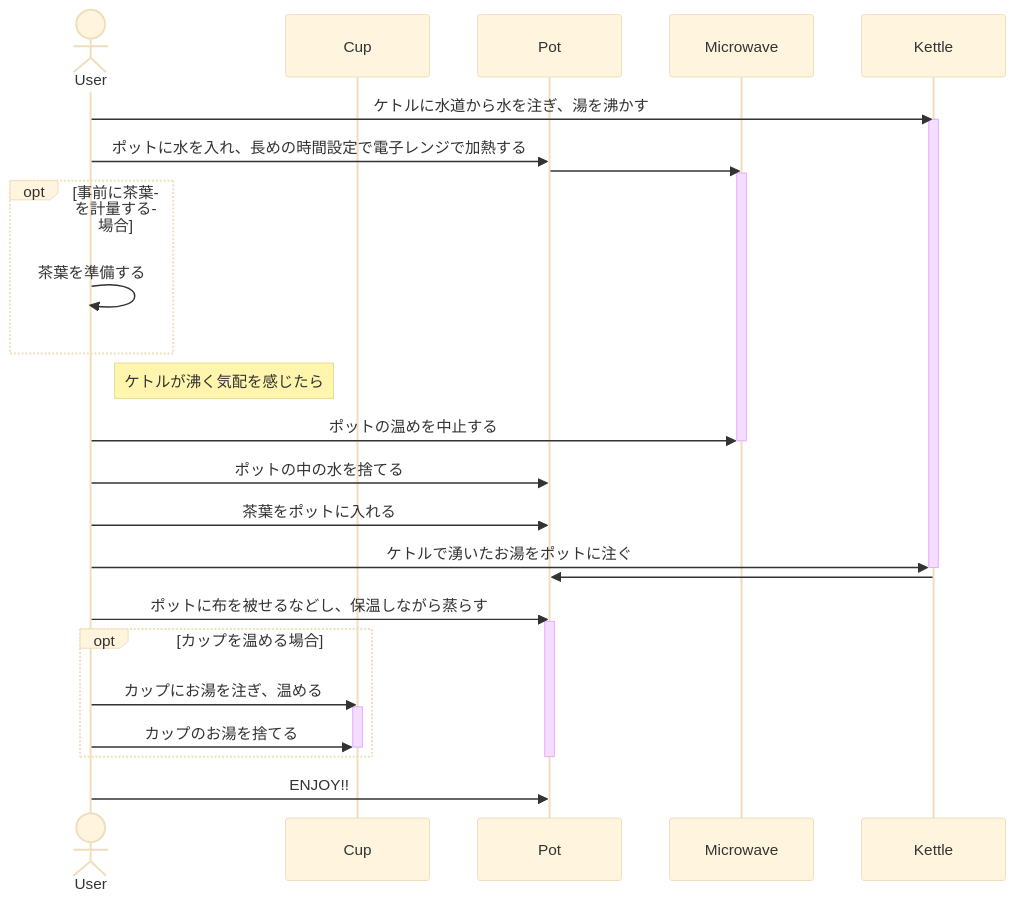
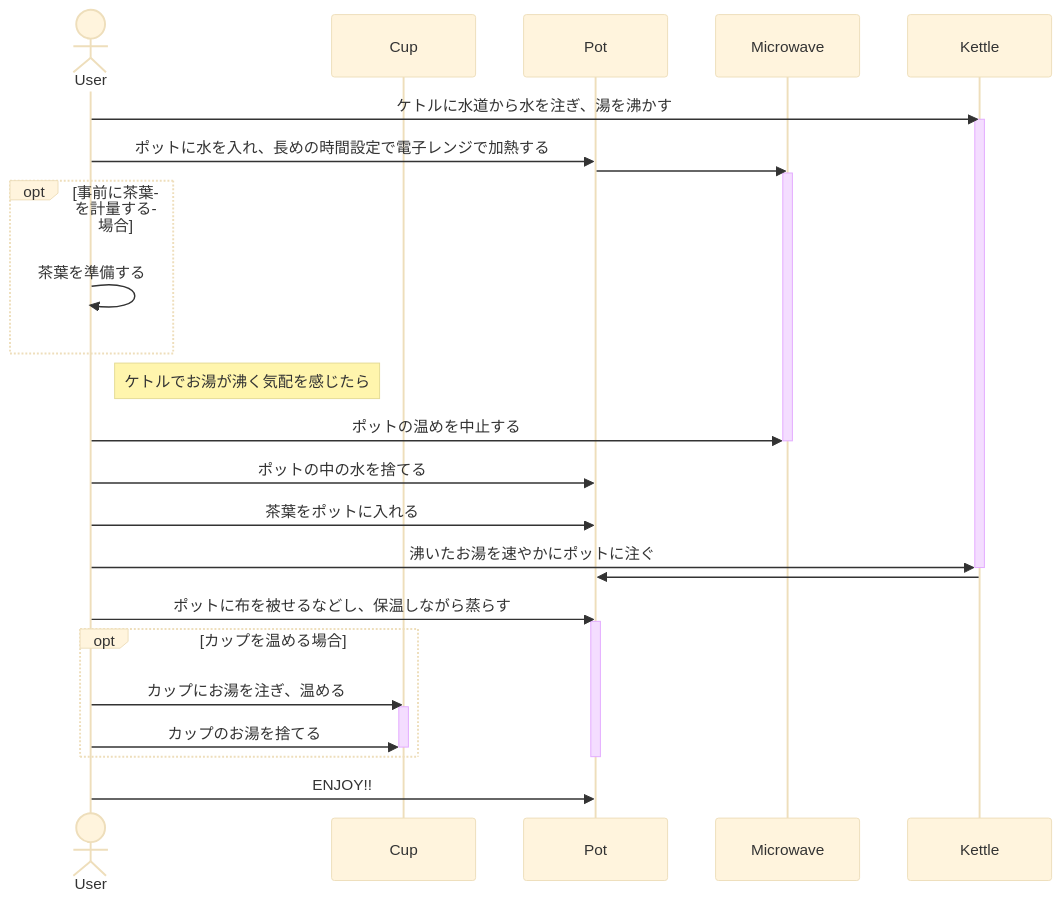
Before and after one commit to rei12106/tea-note: the diagram in tea.md, drawn with Mermaid (base theme). The commit also changed other lines of this file, not shown here.

Commit message:
誤字修正

````diff
--- a/tea.md
+++ b/tea.md
@@ -3,41 +3,41 @@
 ```mermaid
 sequenceDiagram
   actor U as User
   participant C as Cup
   participant P as Pot
   participant M as Microwave
   participant K as Kettle
 
 
 
   U ->> K : ケトルに水道から水を注ぎ、湯を沸かす
   activate K
   
   U ->> P : ポットに水を入れ、長めの時間設定で電子レンジで加熱する
   P ->> M : 
   activate M
 
   opt 事前に茶葉を計量する場合
   U ->> U : 茶葉を準備する
   end
-  Note right of U : ケトルが沸く気配を感じたら
+  Note right of U : ケトルでお湯が沸く気配を感じたら
   U ->> M : ポットの温めを中止する
   deactivate M
   U ->> P : ポットの中の水を捨てる
   U ->> P : 茶葉をポットに入れる
-  U ->> K : ケトルで湧いたお湯をポットに注ぐ
+  U ->> K : 沸いたお湯を速やかにポットに注ぐ
   deactivate K
   K ->> P : 
   U ->> P : ポットに布を被せるなどし、保温しながら蒸らす
   activate P
   
   opt カップを温める場合
   U ->> C : カップにお湯を注ぎ、温める
   activate C
   U ->> C : カップのお湯を捨てる
   deactivate C
   end
   deactivate P
   
   U ->> P : ENJOY!!
 ```
````
